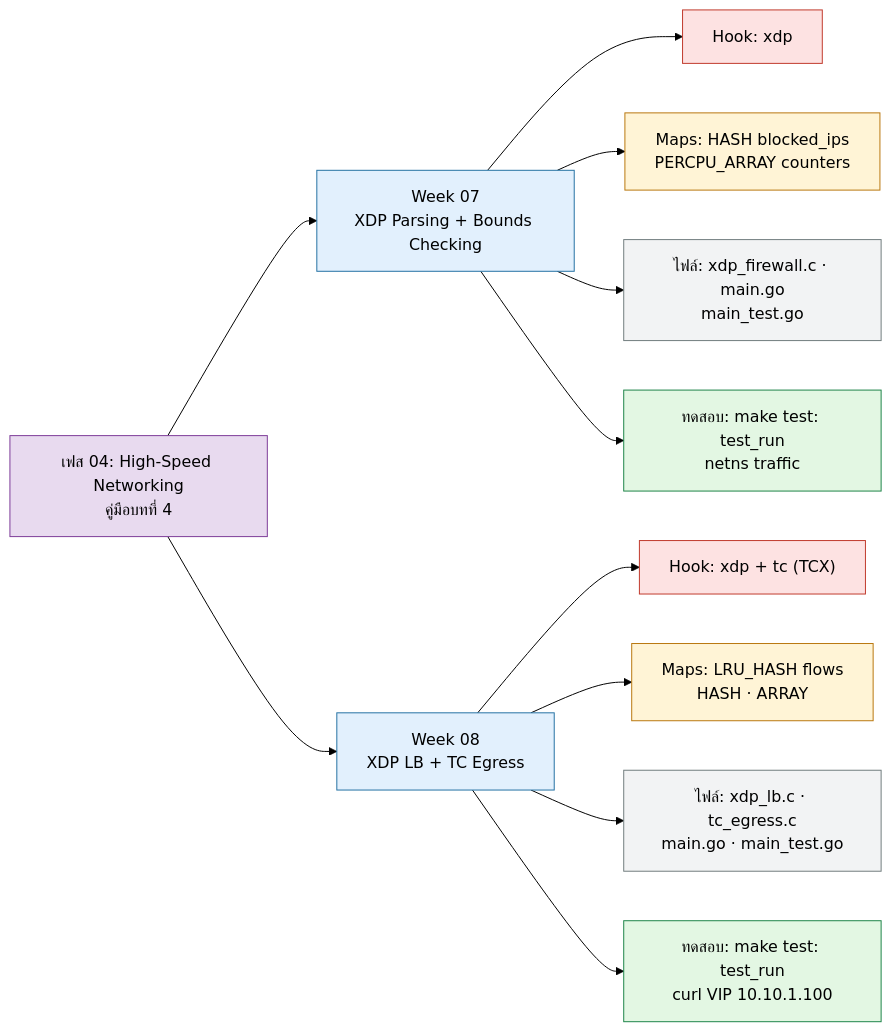
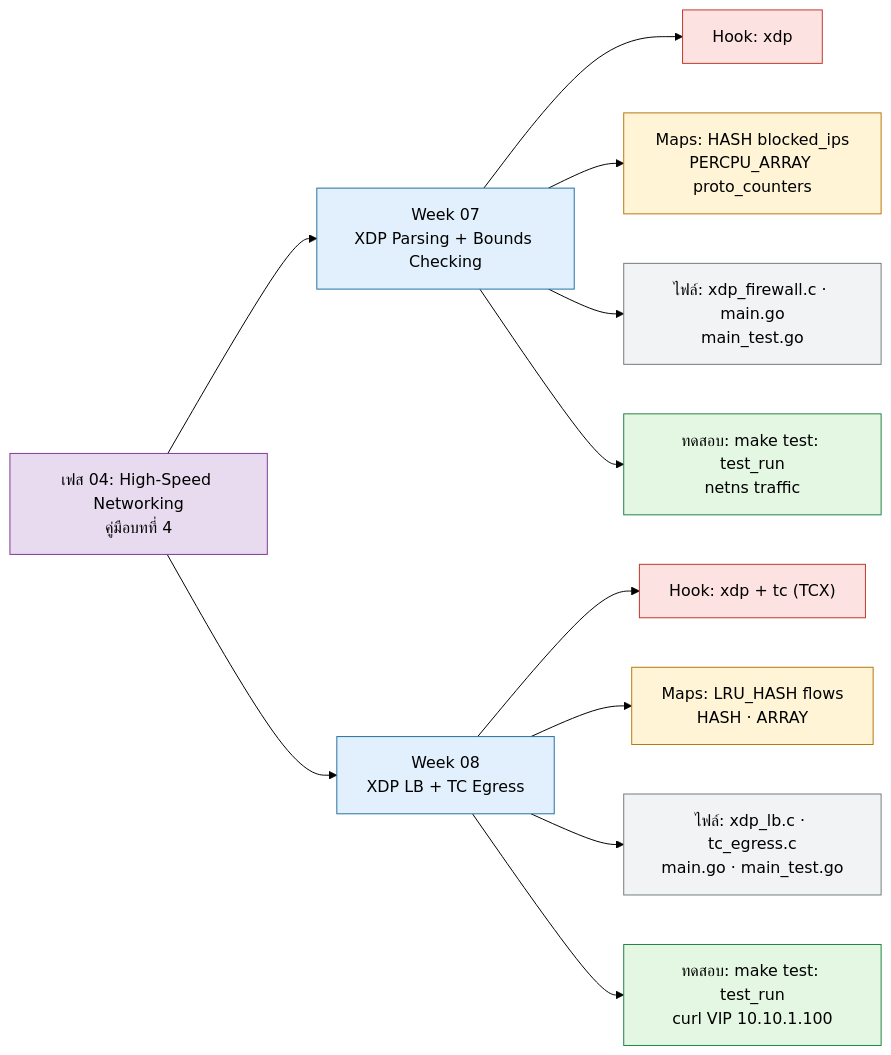
The fifth of 12 diagrams in docs/CONTENT_TREE.md (alfaXphoori/ebpf), drawn with Mermaid (forest theme) before and after one commit. The commit also changed other lines of this file and 27 other files, not shown here.

First line of the commit message:
docs: fix diagram accuracy and unify diagram conventions

````diff
--- a/docs/CONTENT_TREE.md
+++ b/docs/CONTENT_TREE.md
@@ -212,29 +212,29 @@
 ```mermaid
 flowchart LR
     P04["เฟส 04: High-Speed Networking<br/>คู่มือบทที่ 4"]
     P04 --> W07["Week 07<br/>XDP Parsing + Bounds Checking"]
     W07 --> W07H["Hook: xdp"]
-    W07 --> W07M["Maps: HASH blocked_ips<br/>PERCPU_ARRAY counters"]
+    W07 --> W07M["Maps: HASH blocked_ips<br/>PERCPU_ARRAY proto_counters"]
     W07 --> W07F["ไฟล์: xdp_firewall.c · main.go<br/>main_test.go"]
     W07 --> W07T["ทดสอบ: make test: test_run<br/>netns traffic"]
     P04 --> W08["Week 08<br/>XDP LB + TC Egress"]
     W08 --> W08H["Hook: xdp + tc (TCX)"]
     W08 --> W08M["Maps: LRU_HASH flows<br/>HASH · ARRAY"]
     W08 --> W08F["ไฟล์: xdp_lb.c · tc_egress.c<br/>main.go · main_test.go"]
     W08 --> W08T["ทดสอบ: make test: test_run<br/>curl VIP 10.10.1.100"]
 
     classDef root fill:#2c3e50,stroke:#1b2631,color:#fff
     classDef phase fill:#e8daef,stroke:#7d3c98,color:#000
     classDef week fill:#e2f0fd,stroke:#2471a3,color:#000
     classDef hook fill:#fde2e2,stroke:#c0392b,color:#000
     classDef map fill:#fff4d6,stroke:#b9770e,color:#000
     classDef file fill:#f2f3f4,stroke:#717d7e,color:#000
     classDef test fill:#e3f7e3,stroke:#1e8449,color:#000
     classDef doc fill:#fdebd0,stroke:#ca6f1e,color:#000
     class P04 phase
     class W07,W08 week
     class W07H,W08H hook
     class W07M,W08M map
     class W07F,W08F file
     class W07T,W08T test
 ```
````
